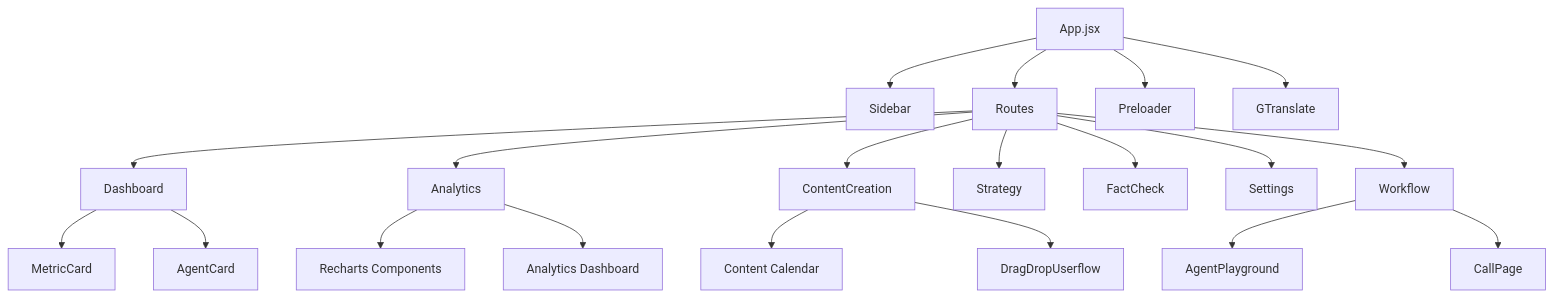
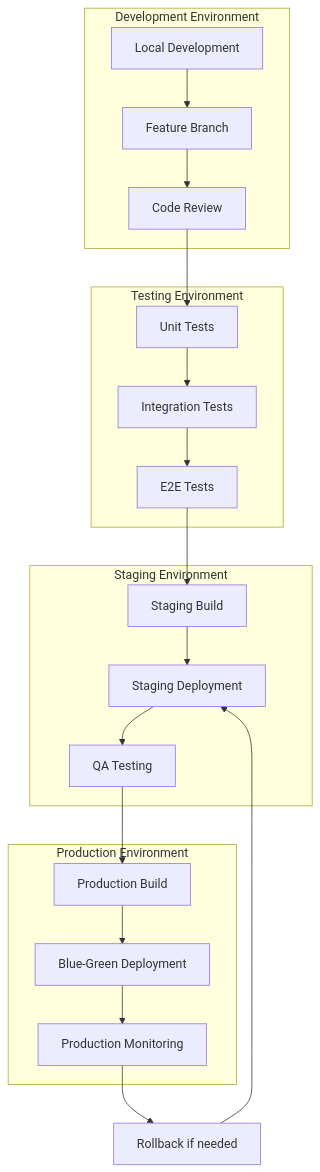
The sixth of 8 diagrams in README.md (vvinayakkk/Level_Up), drawn with Mermaid before and after one commit. The commit also changed other lines of this file, not shown here.

````diff
--- a/README.md
+++ b/README.md
@@ -382,27 +460,41 @@
 ```mermaid
-graph TD
-    A[App.jsx] --> B[Sidebar]
-    A --> C[Routes]
-    A --> D[Preloader]
-    A --> E[GTranslate]
+graph TB
+    subgraph "Development Environment"
+        A[Local Development]
+        B[Feature Branch]
+        C[Code Review]
+    end
     
-    C --> F[Dashboard]
-    C --> G[Analytics]
-    C --> H[ContentCreation]
-    C --> I[Strategy]
-    C --> J[FactCheck]
-    C --> K[Settings]
-    C --> L[Workflow]
+    subgraph "Testing Environment"
+        D[Unit Tests]
+        E[Integration Tests]
+        F[E2E Tests]
+    end
     
-    F --> M[MetricCard]
-    F --> N[AgentCard]
+    subgraph "Staging Environment"
+        G[Staging Build]
+        H[Staging Deployment]
+        I[QA Testing]
+    end
     
-    G --> O[Recharts Components]
-    G --> P[Analytics Dashboard]
+    subgraph "Production Environment"
+        J[Production Build]
+        K[Blue-Green Deployment]
+        L[Production Monitoring]
+    end
     
-    H --> Q[Content Calendar]
-    H --> R[DragDropUserflow]
+    A --> B
+    B --> C
+    C --> D
+    D --> E
+    E --> F
+    F --> G
+    G --> H
+    H --> I
+    I --> J
+    J --> K
+    K --> L
     
-    L --> S[AgentPlayground]
-    L --> T[CallPage]
+    L --> M[Rollback if needed]
+    M --> H
 ```
````
